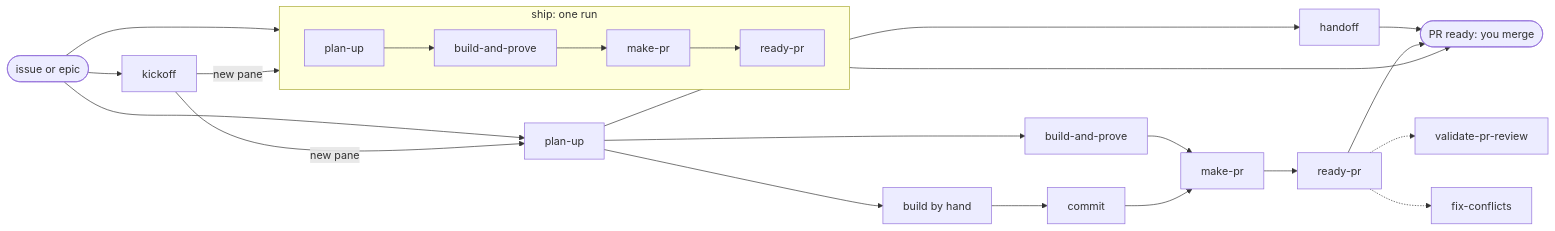
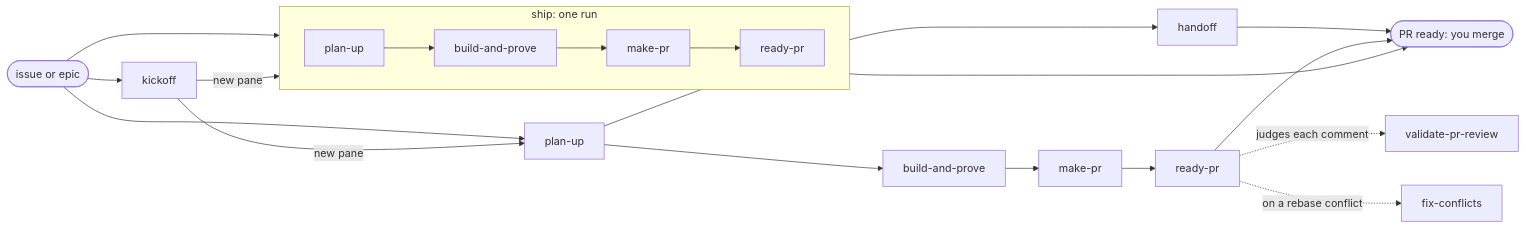
Before and after one commit to linhvu0711/skills: the second of 2 diagrams in README.md, drawn with Mermaid. The commit also changed other lines of this file, not shown here.

Commit message:
docs(readme): drop the by-hand branch and key the build flow
"build by hand" and "commit" were not steps any skill runs, and the
dotted lines from ready-pr had no label and no key.

Readme: unchanged

````diff
--- a/README.md
+++ b/README.md
@@ -36,21 +36,19 @@
 ```mermaid
 flowchart LR
   ticket([issue or epic]) --> ship
   ticket --> kickoff
   ticket --> planup[plan-up]
   kickoff -->|new pane| planup
   kickoff -->|new pane| ship
   subgraph ship [ship: one run]
     direction LR
     sp[plan-up] --> sb[build-and-prove] --> sm[make-pr] --> sr[ready-pr]
   end
-  planup --> bp[build-and-prove] --> makepr
+  planup --> bp[build-and-prove] --> makepr[make-pr] --> readypr[ready-pr]
   planup --> ho[handoff]
-  planup --> hand[build by hand]
-  hand --> gitcommit[commit] --> makepr[make-pr] --> readypr[ready-pr]
   ship --> done([PR ready: you merge])
   ho --> done
   readypr --> done
-  readypr -.-> vpr[validate-pr-review]
-  readypr -.-> fc[fix-conflicts]
+  readypr -.->|judges each comment| vpr[validate-pr-review]
+  readypr -.->|on a rebase conflict| fc[fix-conflicts]
 ```
````
